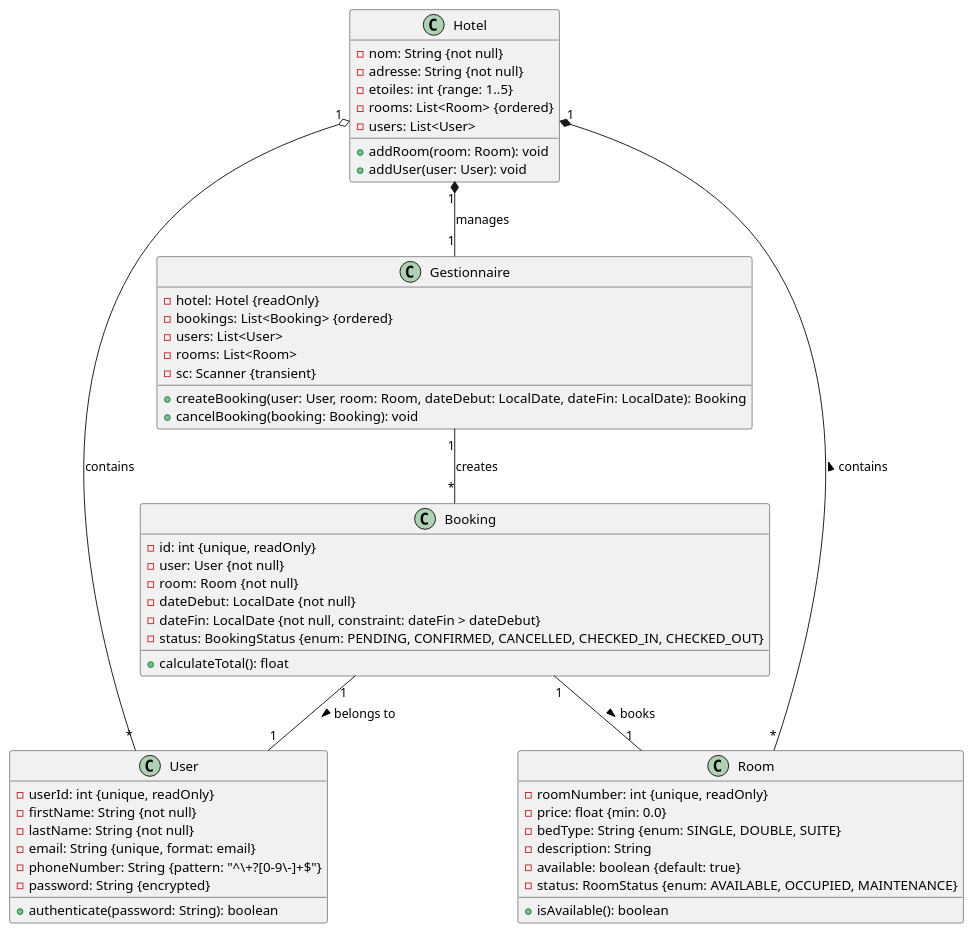
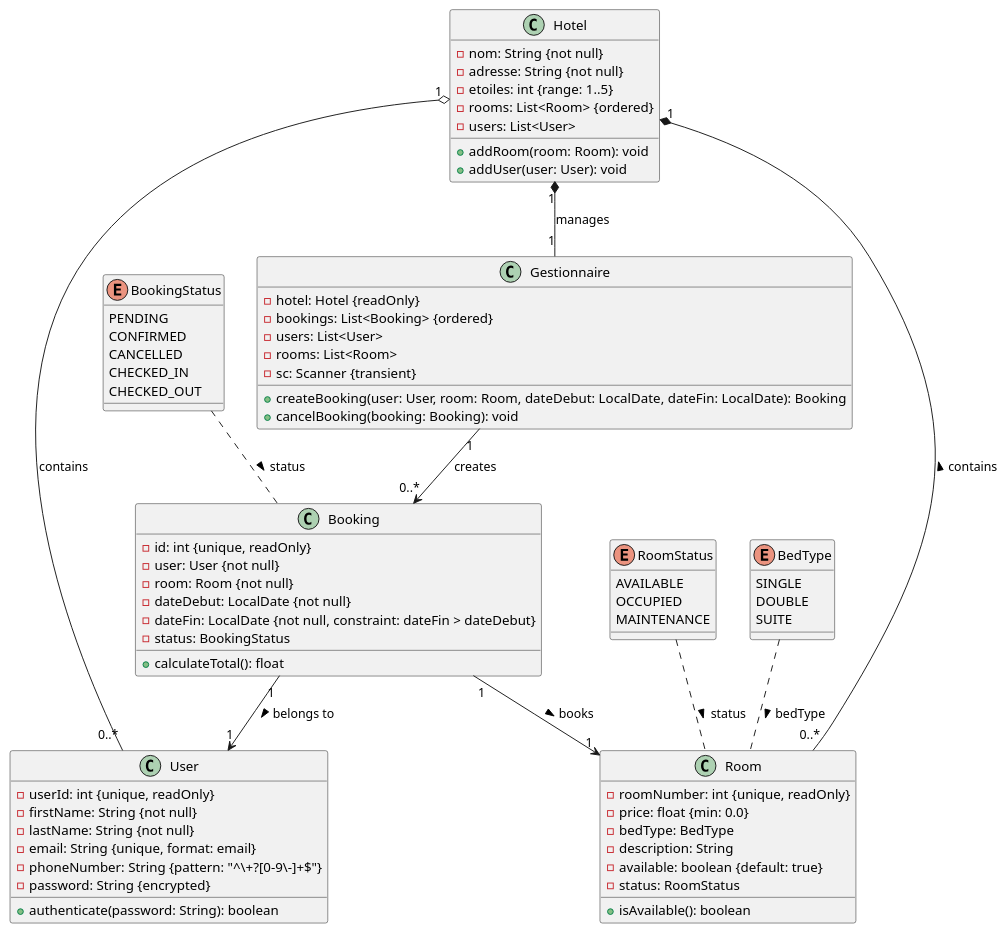
The diagram in Diagrammes/ClassDiagram-v2.pu (Vaselinology/GithubAGL), drawn with PlantUML before and after one commit.

```diff
--- a/Diagrammes/ClassDiagram-v2.pu
+++ b/Diagrammes/ClassDiagram-v2.pu
@@ -1,59 +1,88 @@
 @startuml
+
+' --- Enumerations ---
+enum BookingStatus {
+  PENDING
+  CONFIRMED
+  CANCELLED
+  CHECKED_IN
+  CHECKED_OUT
+}
+
+enum RoomStatus {
+  AVAILABLE
+  OCCUPIED
+  MAINTENANCE
+}
+
+enum BedType {
+  SINGLE
+  DOUBLE
+  SUITE
+}
+
+' --- Classes ---
 class Hotel {
   - nom: String {not null}
   - adresse: String {not null}
   - etoiles: int {range: 1..5}
   - rooms: List<Room> {ordered}
   - users: List<User>
   + addRoom(room: Room): void
   + addUser(user: User): void
 }
 
 class Gestionnaire {
   - hotel: Hotel {readOnly}
   - bookings: List<Booking> {ordered}
   - users: List<User>
   - rooms: List<Room>
   - sc: Scanner {transient}
   + createBooking(user: User, room: Room, dateDebut: LocalDate, dateFin: LocalDate): Booking
   + cancelBooking(booking: Booking): void
 }
 
 class Booking {
   - id: int {unique, readOnly}
   - user: User {not null}
   - room: Room {not null}
   - dateDebut: LocalDate {not null}
   - dateFin: LocalDate {not null, constraint: dateFin > dateDebut}
-  - status: BookingStatus {enum: PENDING, CONFIRMED, CANCELLED, CHECKED_IN, CHECKED_OUT}
+  - status: BookingStatus
   + calculateTotal(): float
 }
 
 class User {
   - userId: int {unique, readOnly}
   - firstName: String {not null}
   - lastName: String {not null}
   - email: String {unique, format: email}
   - phoneNumber: String {pattern: "^\\+?[0-9\\-]+$"}
   - password: String {encrypted}
   + authenticate(password: String): boolean
 }
 
 class Room {
   - roomNumber: int {unique, readOnly}
   - price: float {min: 0.0}
-  - bedType: String {enum: SINGLE, DOUBLE, SUITE}
+  - bedType: BedType
   - description: String
   - available: boolean {default: true}
-  - status: RoomStatus {enum: AVAILABLE, OCCUPIED, MAINTENANCE}
+  - status: RoomStatus
   + isAvailable(): boolean
 }
 
-' --- Associations ---
+' --- Associations with proper arrows ---
 Hotel "1" *-- "1" Gestionnaire : manages
-Hotel "1" *-- "*" Room : contains <
-Hotel "1" o-- "*" User : contains
-Gestionnaire "1" -- "*" Booking : creates
-Booking "1" -- "1" User : belongs to >
-Booking "1" -- "1" Room : books >
+Hotel "1" *-- "0..*" Room : contains <
+Hotel "1" o-- "0..*" User : contains
+Gestionnaire "1" --> "0..*" Booking : creates
+Booking "1" --> "1" User : belongs to >
+Booking "1" --> "1" Room : books >
+
+' --- Enumeration relationships ---
+BookingStatus .. Booking : status >
+RoomStatus .. Room : status >
+BedType .. Room : bedType >
+
 @enduml
```
